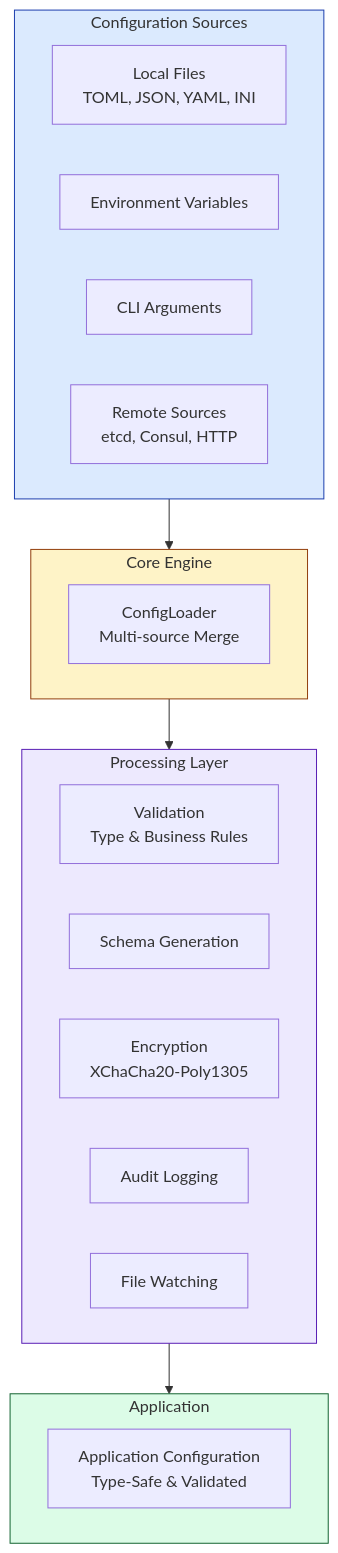
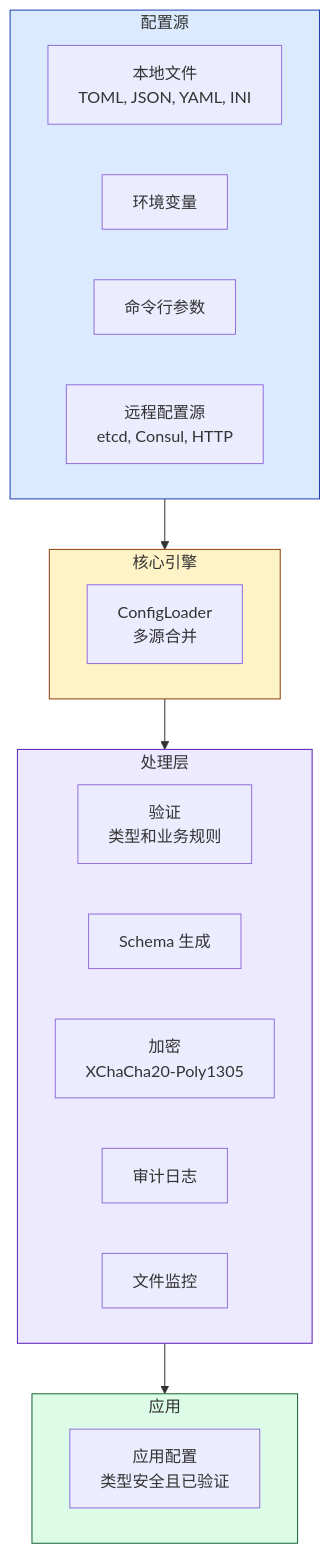
The second of 3 diagrams in README.md (Kirky-X/confers), drawn with Mermaid before and after one commit. The commit also changed other lines of this file and 2 other files, not shown here.

````diff
--- a/README.md
+++ b/README.md
@@ -711,34 +642,34 @@
 ```mermaid
 graph TB
-    subgraph Sources ["Configuration Sources"]
-        A["Local Files<br/>TOML, JSON, YAML, INI"]
-        B["Environment Variables"]
-        C["CLI Arguments"]
-        D["Remote Sources<br/>etcd, Consul, HTTP"]
+    subgraph Sources ["配置源"]
+        A["本地文件<br/>TOML, JSON, YAML, INI"]
+        B["环境变量"]
+        C["命令行参数"]
+        D["远程配置源<br/>etcd, Consul, HTTP"]
     end
 
-    subgraph Core ["Core Engine"]
-        E["ConfigLoader<br/>Multi-source Merge"]
+    subgraph Core ["核心引擎"]
+        E["ConfigLoader<br/>多源合并"]
     end
 
-    subgraph Processing ["Processing Layer"]
-        F["Validation<br/>Type & Business Rules"]
-        G["Schema Generation"]
-        H["Encryption<br/>XChaCha20-Poly1305"]
-        I["Audit Logging"]
-        J["File Watching"]
+    subgraph Processing ["处理层"]
+        F["验证<br/>类型和业务规则"]
+        G["Schema 生成"]
+        H["加密<br/>XChaCha20-Poly1305"]
+        I["审计日志"]
+        J["文件监控"]
     end
 
-    subgraph Output ["Application"]
-        L["Application Configuration<br/>Type-Safe & Validated"]
+    subgraph Output ["应用"]
+        L["应用配置<br/>类型安全且已验证"]
     end
 
     Sources --> Core
     Core --> Processing
     Processing --> Output
 
     style Sources fill:#DBEAFE,stroke:#1E40AF
     style Core fill:#FEF3C7,stroke:#92400E
     style Processing fill:#EDE9FE,stroke:#5B21B6
     style Output fill:#DCFCE7,stroke:#166534
 ```
````
